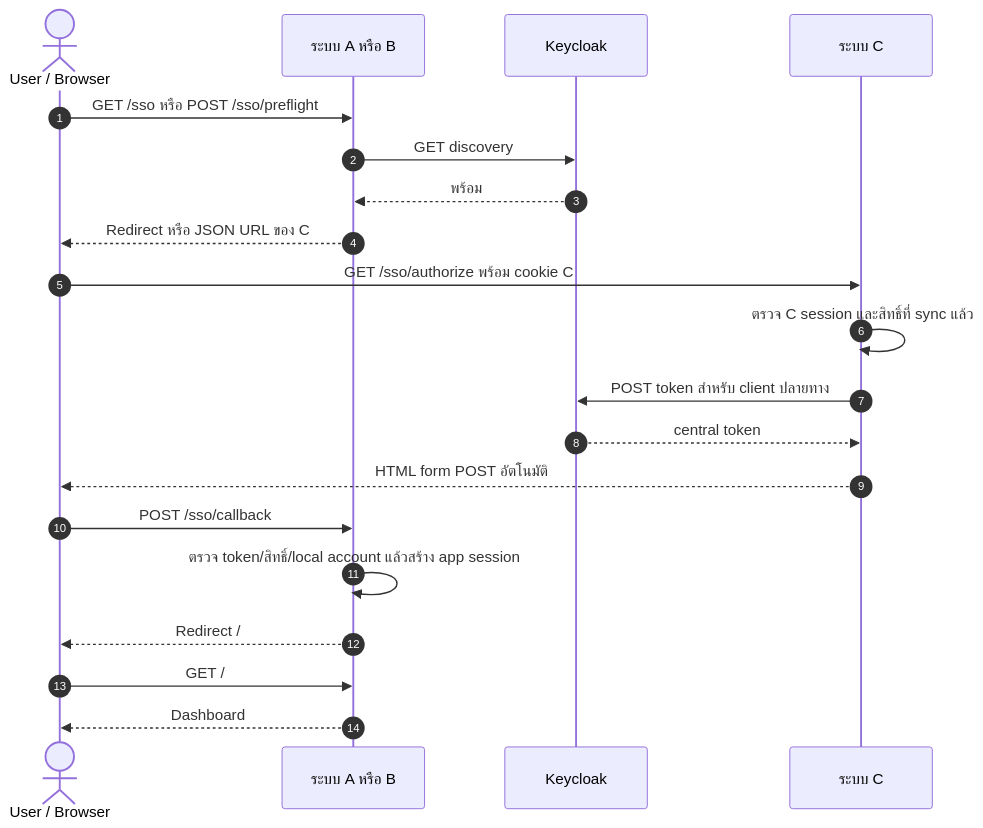
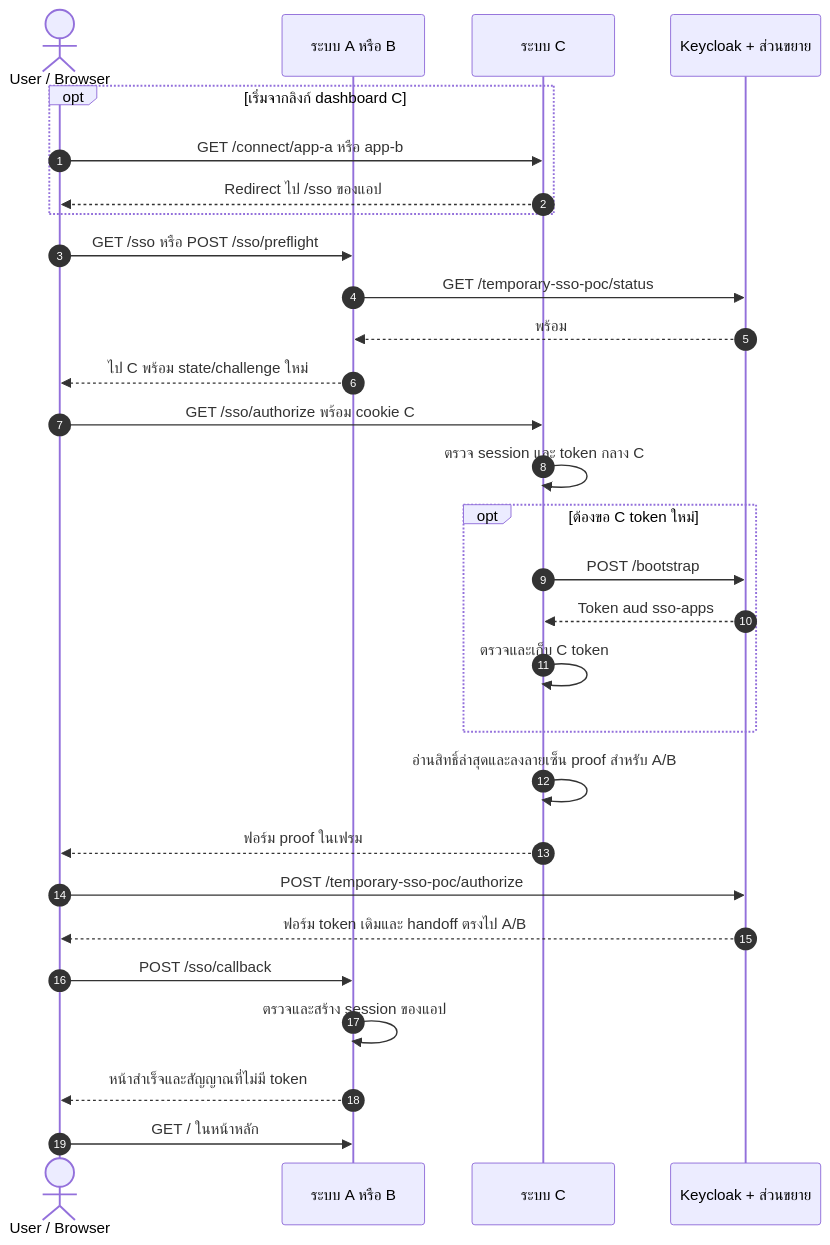
One commit to Sin1apachai/poc_sso changed the seventh of 20 diagrams in docs/flows/LOGIN-AND-SESSION.md. Above: the diagram before and after it, drawn with Mermaid. The commit also changed other lines of this file and 149 other files, not shown here.

First line of the commit message:
Use one shared SSO token and simplify login handoff

````diff
--- a/docs/flows/LOGIN-AND-SESSION.md
+++ b/docs/flows/LOGIN-AND-SESSION.md
@@ -156,22 +161,31 @@
 ```mermaid
 sequenceDiagram
     autonumber
-    actor U as User / Browser
+actor U as User / Browser
     participant A as ระบบ A หรือ B
-    participant K as Keycloak
     participant C as ระบบ C
+    participant K as Keycloak + ส่วนขยาย
+    opt เริ่มจากลิงก์ dashboard C
+        U->>C: GET /connect/app-a หรือ app-b
+        C-->>U: Redirect ไป /sso ของแอป
+    end
     U->>A: GET /sso หรือ POST /sso/preflight
-    A->>K: GET discovery
+    A->>K: GET /temporary-sso-poc/status
     K-->>A: พร้อม
-    A-->>U: Redirect หรือ JSON URL ของ C
+    A-->>U: ไป C พร้อม state/challenge ใหม่
     U->>C: GET /sso/authorize พร้อม cookie C
-    C->>C: ตรวจ C session และสิทธิ์ที่ sync แล้ว
-    C->>K: POST token สำหรับ client ปลายทาง
-    K-->>C: central token
-    C-->>U: HTML form POST อัตโนมัติ
+    C->>C: ตรวจ session และ token กลาง C
+    opt ต้องขอ C token ใหม่
+        C->>K: POST /bootstrap
+        K-->>C: Token aud sso-apps
+        C->>C: ตรวจและเก็บ C token
+    end
+    C->>C: อ่านสิทธิ์ล่าสุดและลงลายเซ็น proof สำหรับ A/B
+    C-->>U: ฟอร์ม proof ในเฟรม
+    U->>K: POST /temporary-sso-poc/authorize
+    K-->>U: ฟอร์ม token เดิมและ handoff ตรงไป A/B
     U->>A: POST /sso/callback
-    A->>A: ตรวจ token/สิทธิ์/local account แล้วสร้าง app session
-    A-->>U: Redirect /
-    U->>A: GET /
-    A-->>U: Dashboard
+    A->>A: ตรวจและสร้าง session ของแอป
+    A-->>U: หน้าสำเร็จและสัญญาณที่ไม่มี token
+    U->>A: GET / ในหน้าหลัก
 ```
````
